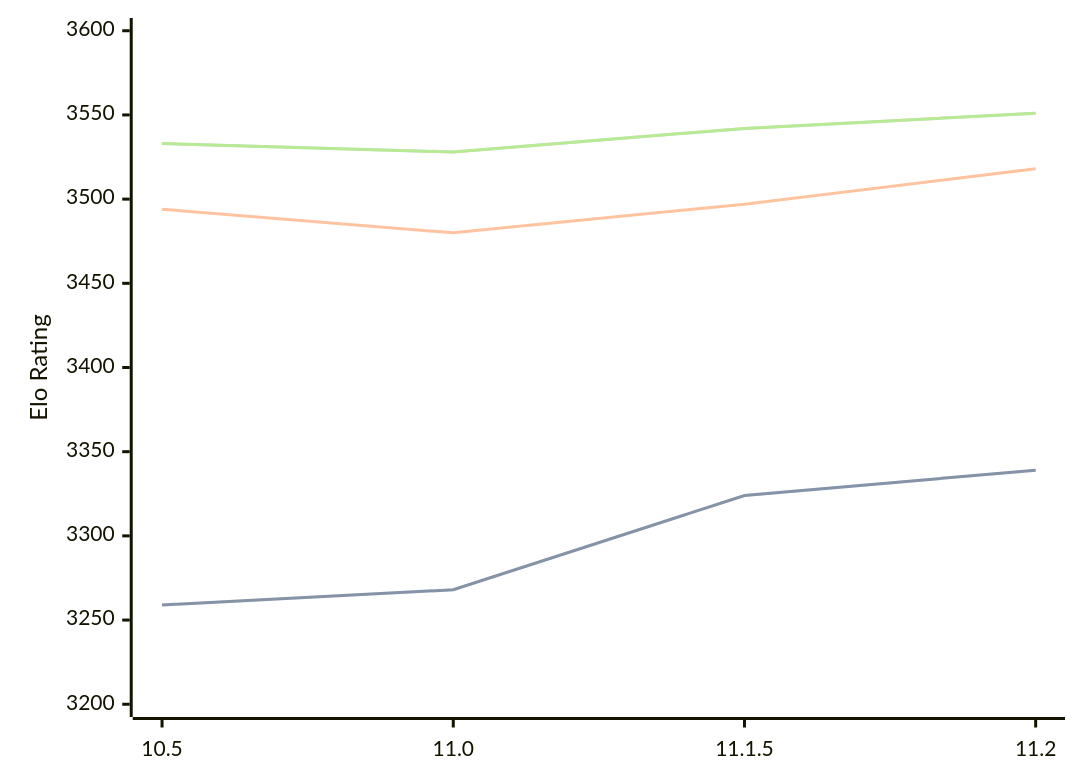
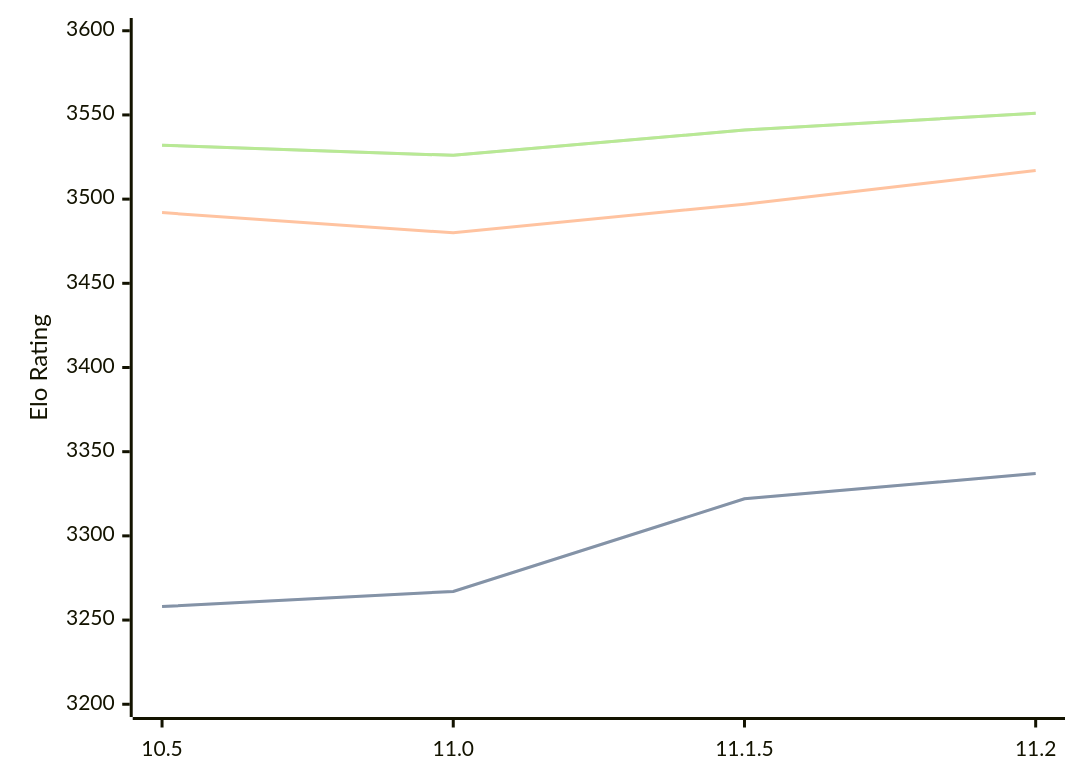
Before and after one commit to computer-chess-index/cci: the diagram in engines/Lizard.md, drawn with Mermaid. The commit also changed other lines of this file, not shown here.

Commit message:
Update CCI Ratings (ELO VLTC) - 2026-03-12

````diff
--- a/engines/Lizard.md
+++ b/engines/Lizard.md
@@ -44,11 +44,11 @@
 ```mermaid
 %%{init: {"theme":"base","themeVariables":{"seriesColors:['#a3a3a3','#222221','#faa371']}}}%%
 xychart-beta
   x-axis ["10.5", "11.0", "11.1.5", "11.2"]
   y-axis "Elo Rating" 3200 --> 3600
-  line "STC (8.0+0.08s)" [3259, 3268, 3324, 3339]
-  line "STC (8.0+0.08s)" [3259, 3268, 3324, 3339]
-  line "LTC (60.0+0.60s)" [3494, 3480, 3497, 3518]
-  line "VLTC (2m24s+1.12s)" [3533, 3528, 3542, 3551]
-  line "VLTC (2m24s+1.12s)" [3533, 3528, 3542, 3551]
+  line "STC (8.0+0.08s)" [3258, 3267, 3322, 3337]
+  line "STC (8.0+0.08s)" [3258, 3267, 3322, 3337]
+  line "LTC (60.0+0.60s)" [3492, 3480, 3497, 3517]
+  line "VLTC (2m24s+1.12s)" [3532, 3526, 3541, 3551]
+  line "VLTC (2m24s+1.12s)" [3532, 3526, 3541, 3551]
 ```
````
